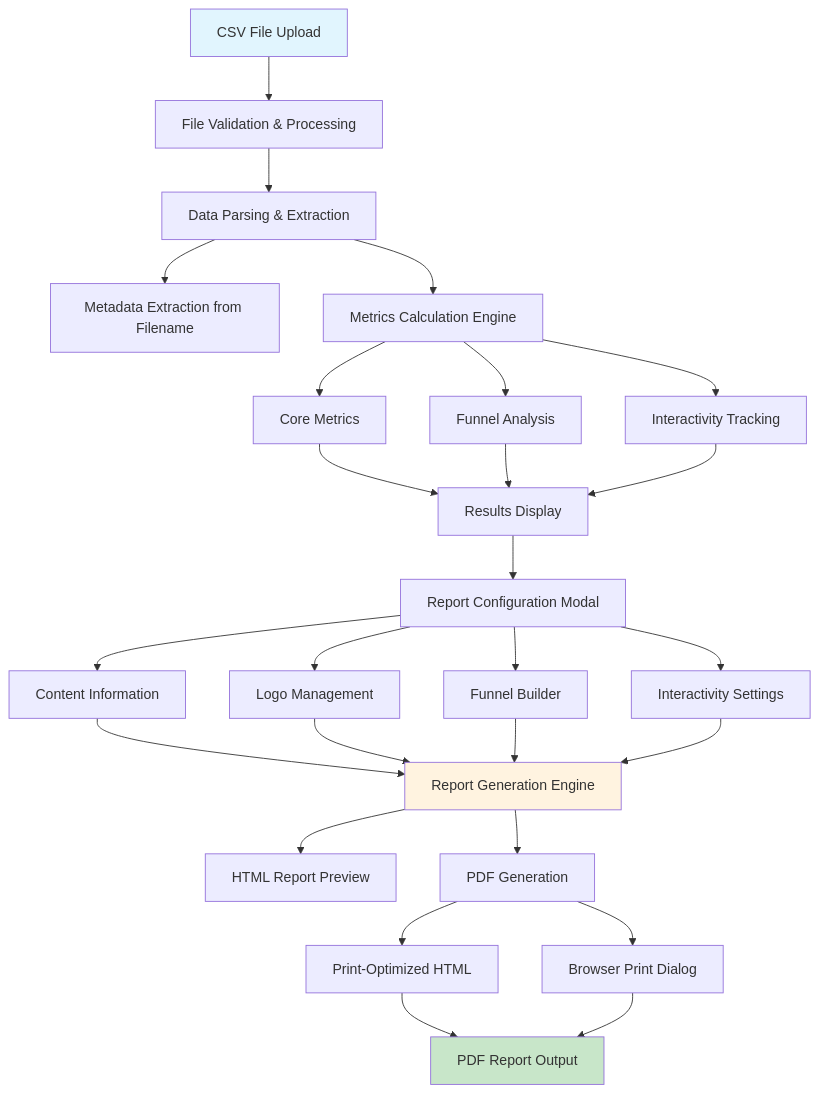
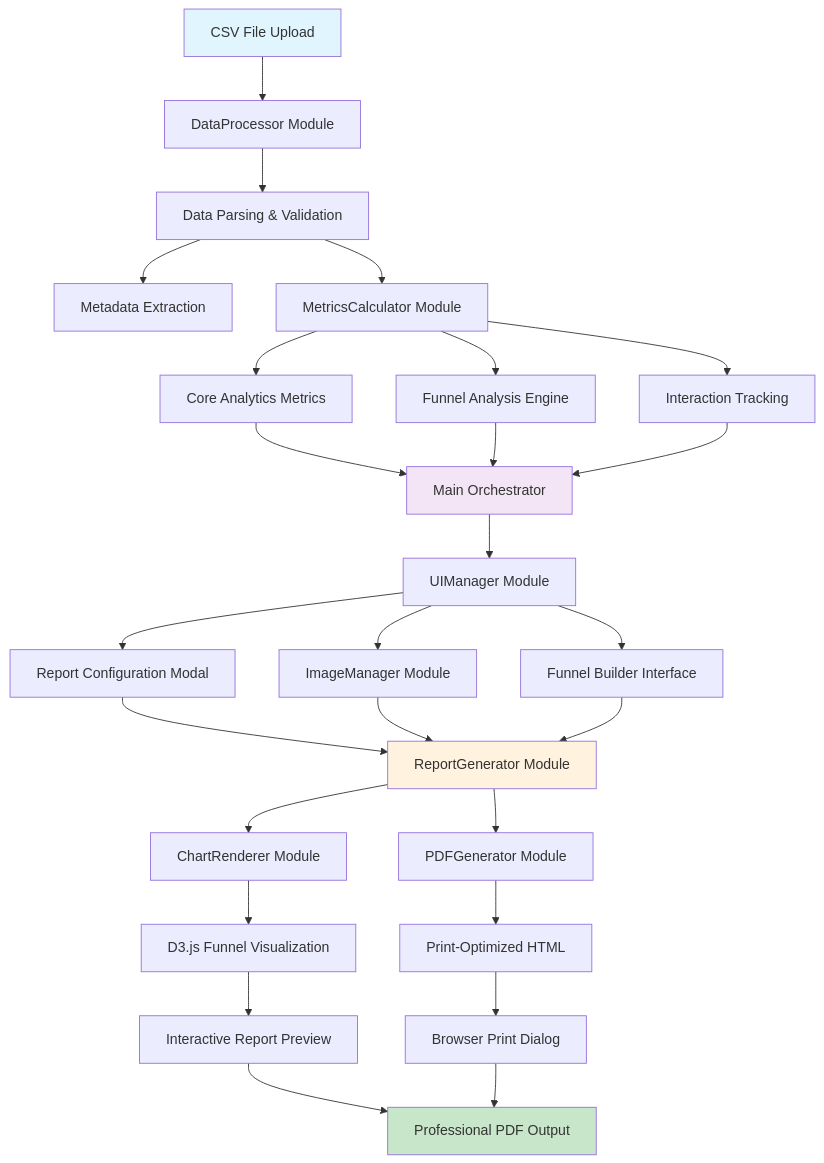
The diagram in README.md (Jalmaries/analytics-analyzer), drawn with Mermaid before and after one commit. The commit also changed other lines of this file and 13 other files, not shown here.

````diff
--- a/README.md
+++ b/README.md
@@ -11,39 +11,41 @@
 ```mermaid
 graph TD
-    A[CSV File Upload] --> B[File Validation & Processing]
-    B --> C[Data Parsing & Extraction]
-    C --> D[Metadata Extraction from Filename]
-    C --> E[Metrics Calculation Engine]
+    A[CSV File Upload] --> B[DataProcessor Module]
+    B --> C[Data Parsing & Validation]
+    C --> D[Metadata Extraction]
+    C --> E[MetricsCalculator Module]
     
-    E --> F[Core Metrics]
-    E --> G[Funnel Analysis]
-    E --> H[Interactivity Tracking]
+    E --> F[Core Analytics Metrics]
+    E --> G[Funnel Analysis Engine]
+    E --> H[Interaction Tracking]
     
-    F --> I[Results Display]
+    F --> I[Main Orchestrator]
     G --> I
     H --> I
     
-    I --> J[Report Configuration Modal]
-    J --> K[Content Information]
-    J --> L[Logo Management]
-    J --> M[Funnel Builder]
-    J --> N[Interactivity Settings]
+    I --> J[UIManager Module]
+    J --> K[Report Configuration Modal]
+    J --> L[ImageManager Module]
+    J --> M[Funnel Builder Interface]
     
-    K --> O[Report Generation Engine]
-    L --> O
-    M --> O
-    N --> O
+    K --> N[ReportGenerator Module]
+    L --> N
+    M --> N
     
-    O --> P[HTML Report Preview]
-    O --> Q[PDF Generation]
+    N --> O[ChartRenderer Module]
+    N --> P[PDFGenerator Module]
     
-    Q --> R[Print-Optimized HTML]
-    Q --> S[Browser Print Dialog]
+    O --> Q[D3.js Funnel Visualization]
+    P --> R[Print-Optimized HTML]
     
-    R --> U[PDF Report Output]
-    S --> U
+    Q --> S[Interactive Report Preview]
+    R --> T[Browser Print Dialog]
+    
+    S --> U[Professional PDF Output]
+    T --> U
     
     style A fill:#e1f5fe
     style U fill:#c8e6c9
-    style O fill:#fff3e0
+    style N fill:#fff3e0
+    style I fill:#f3e5f5
 ```
````
